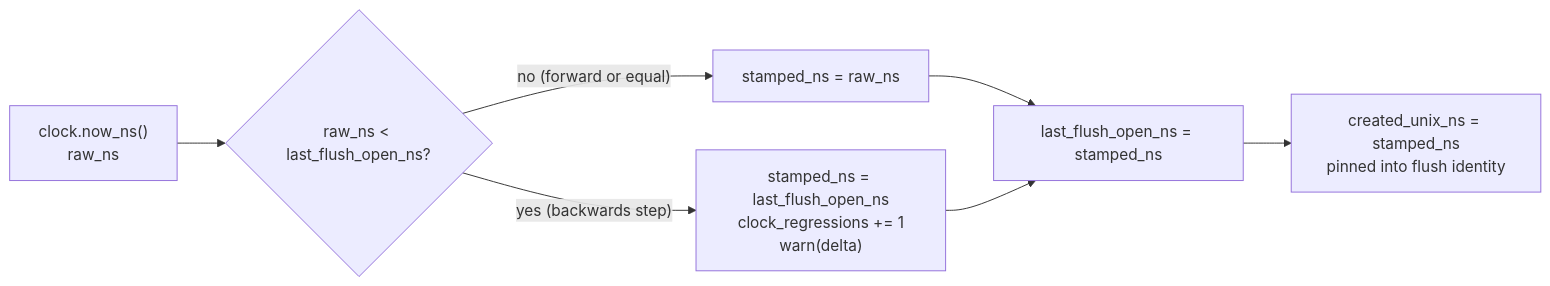
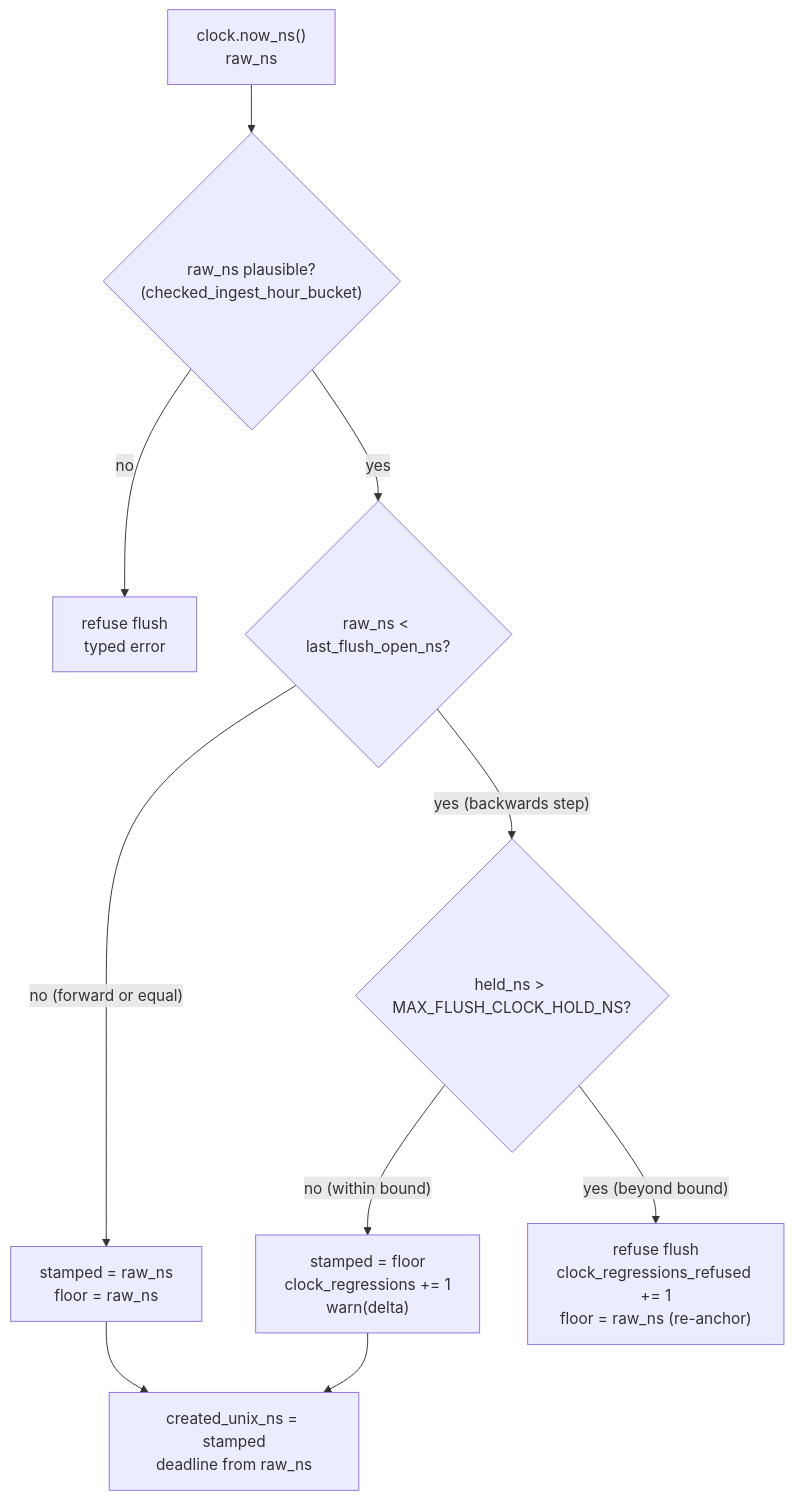
Before and after one commit to NOFireAI/ravel: the diagram in docs/adrs/1307-per-writer-monotonic-flush-clock.md, drawn with Mermaid. The commit also changed other lines of this file and 10 other files, not shown here.

First line of the commit message:
fix(ingest): validate raw flush clock first and bound the hold

````diff
--- a/docs/adrs/1307-per-writer-monotonic-flush-clock.md
+++ b/docs/adrs/1307-per-writer-monotonic-flush-clock.md
@@ -72,9 +97,12 @@
 ```mermaid
-flowchart LR
-    A["clock.now_ns()<br/>raw_ns"] --> B{"raw_ns &lt; last_flush_open_ns?"}
-    B -- "no (forward or equal)" --> C["stamped_ns = raw_ns"]
-    B -- "yes (backwards step)" --> D["stamped_ns = last_flush_open_ns<br/>clock_regressions += 1<br/>warn(delta)"]
-    C --> E["last_flush_open_ns = stamped_ns"]
-    D --> E
-    E --> F["created_unix_ns = stamped_ns<br/>pinned into flush identity"]
+flowchart TD
+    A["clock.now_ns()<br/>raw_ns"] --> V{"raw_ns plausible?<br/>(checked_ingest_hour_bucket)"}
+    V -- "no" --> R1["refuse flush<br/>typed error"]
+    V -- "yes" --> B{"raw_ns &lt; last_flush_open_ns?"}
+    B -- "no (forward or equal)" --> C["stamped = raw_ns<br/>floor = raw_ns"]
+    B -- "yes (backwards step)" --> H{"held_ns &gt; MAX_FLUSH_CLOCK_HOLD_NS?"}
+    H -- "no (within bound)" --> D["stamped = floor<br/>clock_regressions += 1<br/>warn(delta)"]
+    H -- "yes (beyond bound)" --> G["refuse flush<br/>clock_regressions_refused += 1<br/>floor = raw_ns (re-anchor)"]
+    C --> F["created_unix_ns = stamped<br/>deadline from raw_ns"]
+    D --> F
 ```
````
